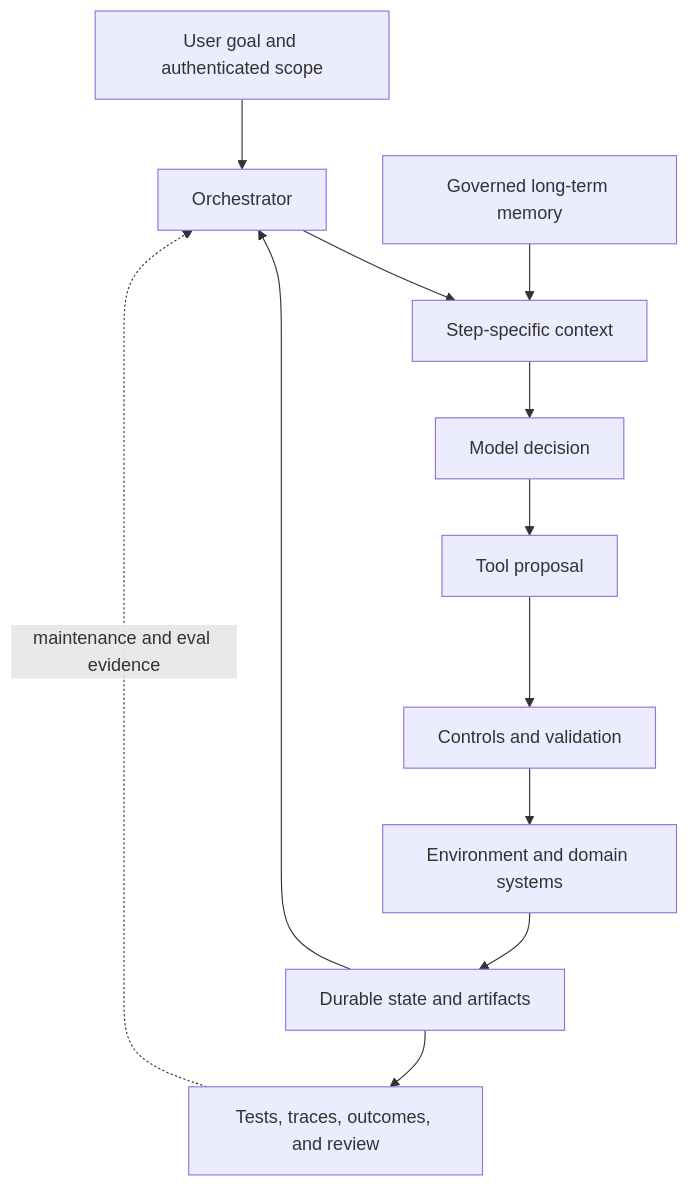
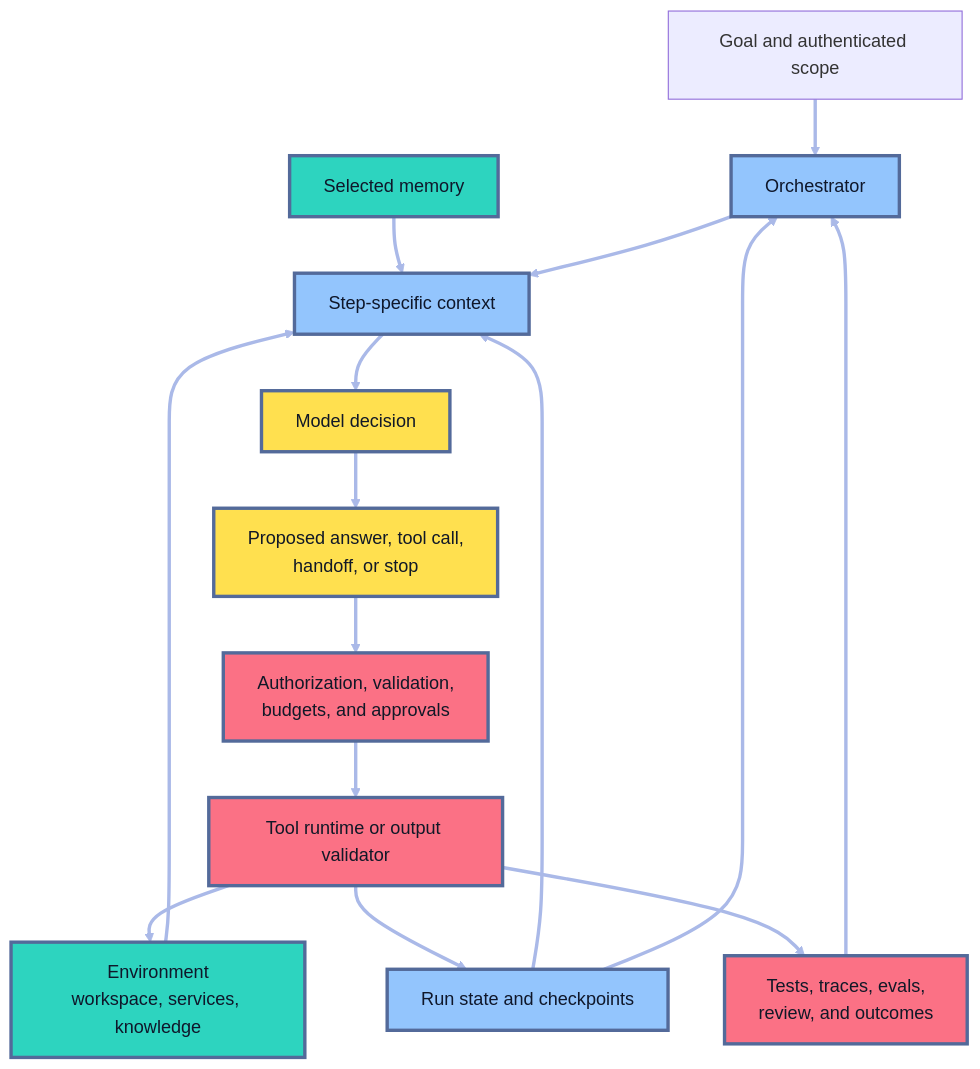
Before and after one commit to senlinyy/dev-roadmaps: the first of 2 diagrams in roadmaps/mlops/modules/llmops/harness-engineering/01-agent-harness-basics.md, drawn with Mermaid. The commit also changed other lines of this file and 198 other files, not shown here.

````diff
--- a/roadmaps/mlops/modules/llmops/harness-engineering/01-agent-harness-basics.md
+++ b/roadmaps/mlops/modules/llmops/harness-engineering/01-agent-harness-basics.md
@@ -37,14 +56,27 @@
 ```mermaid
 flowchart TB
-    U[User goal and authenticated scope] --> O[Orchestrator]
-    O --> C[Step-specific context]
-    C --> M[Model decision]
-    M --> T[Tool proposal]
-    T --> K[Controls and validation]
-    K --> E[Environment and domain systems]
-    E --> S[Durable state and artifacts]
+    G["Goal and authenticated scope"] --> O["Orchestrator"]
+    E["Environment<br/>workspace, services, knowledge"] --> C["Step-specific context"]
+    S["Run state and checkpoints"] --> C
+    M["Selected memory"] --> C
+    O --> C
+    C --> D["Model decision"]
+    D --> P["Proposed answer, tool call,<br/>handoff, or stop"]
+    P --> A["Authorization, validation,<br/>budgets, and approvals"]
+    A --> T["Tool runtime or output validator"]
+    T --> E
+    T --> S
     S --> O
-    S --> F[Tests, traces, outcomes, and review]
-    F -. maintenance and eval evidence .-> O
-    L[Governed long-term memory] --> C
+    T --> F["Tests, traces, evals,<br/>review, and outcomes"]
+    F --> O
+
+    classDef world fill:#2DD4BF,stroke:#536A9A,stroke-width:3px,color:#0F172A
+    classDef control fill:#93C5FD,stroke:#536A9A,stroke-width:3px,color:#0F172A
+    classDef model fill:#FFE04F,stroke:#536A9A,stroke-width:3px,color:#111827
+    classDef safety fill:#FB7185,stroke:#536A9A,stroke-width:3px,color:#111827
+    class E,M world
+    class O,C,S control
+    class D,P model
+    class A,T,F safety
+    linkStyle default stroke:#AAB9E8,stroke-width:3px
 ```
````
